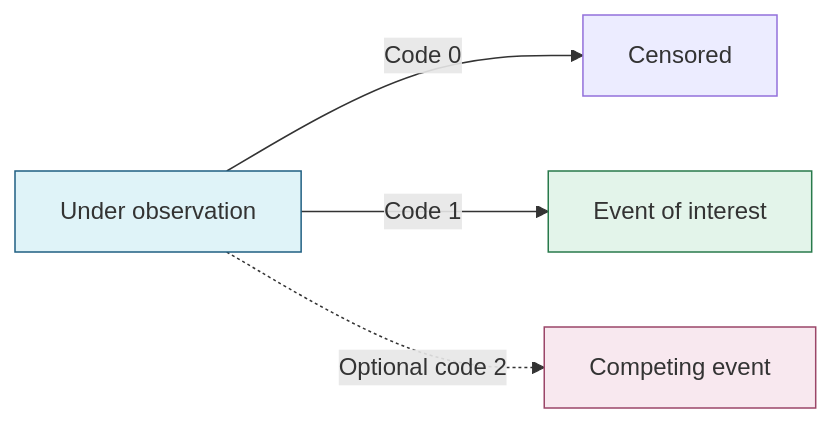
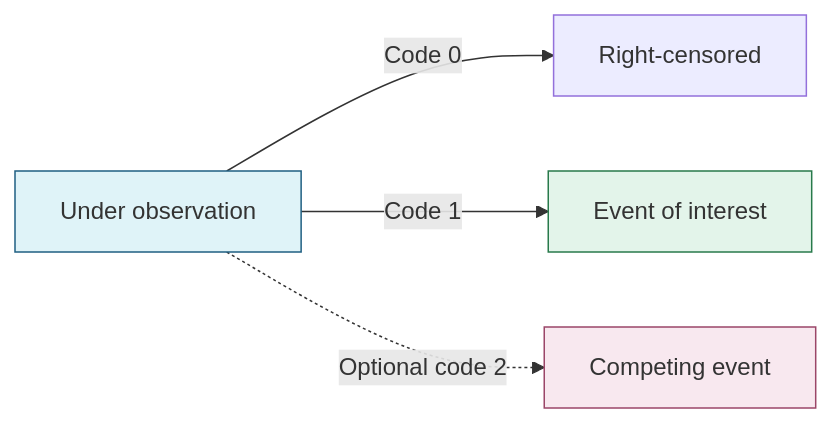
Before and after one commit to uriahf/polarstate: the diagram in user_guide/02-how-it-works.qmd, drawn with Mermaid. The commit also changed other lines of this file and 6 other files, not shown here.

````diff
--- a/user_guide/02-how-it-works.qmd
+++ b/user_guide/02-how-it-works.qmd
@@ -15,9 +14,9 @@
 ```{mermaid}
 flowchart LR
-    O["Under observation"] -->|"Code 0"| C["Censored"]
+    O["Under observation"] -->|"Code 0"| C["Right-censored"]
     O -->|"Code 1"| E["Event of interest"]
     O -.->|"Optional code 2"| R["Competing event"]
     style O fill:#dff3f8,stroke:#1f5f82
     style E fill:#e3f4ea,stroke:#287a4b
     style R fill:#f8e8ef,stroke:#9b4668
 ```
````
